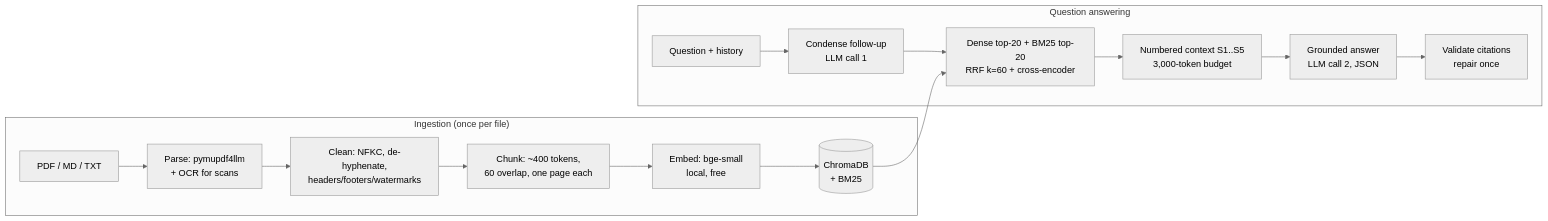
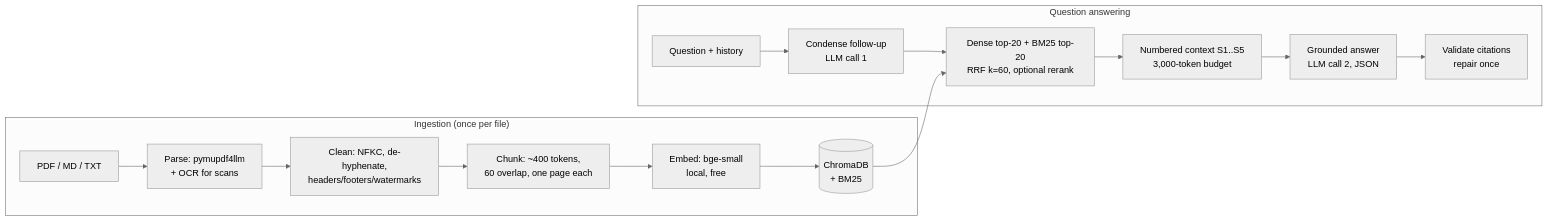
Before and after one commit to shauryak890/lecturelens: the diagram in README.md, drawn with Mermaid (neutral theme). The commit also changed other lines of this file and 15 other files, not shown here.

First line of the commit message:
Turn cross-encoder reranking off by default, based on the evaluation

````diff
--- a/README.md
+++ b/README.md
@@ -71,18 +70,18 @@
 ```mermaid
 flowchart LR
   subgraph Ingestion["Ingestion (once per file)"]
     A[PDF / MD / TXT] --> B[Parse: pymupdf4llm<br/>+ OCR for scans]
     B --> C[Clean: NFKC, de-hyphenate,<br/>headers/footers/watermarks]
     C --> D[Chunk: ~400 tokens,<br/>60 overlap, one page each]
     D --> E[Embed: bge-small<br/>local, free]
     E --> F[(ChromaDB<br/>+ BM25)]
   end
   subgraph Answering["Question answering"]
     Q[Question + history] --> R[Condense follow-up<br/>LLM call 1]
-    R --> S[Dense top-20 + BM25 top-20<br/>RRF k=60 + cross-encoder]
+    R --> S[Dense top-20 + BM25 top-20<br/>RRF k=60, optional rerank]
     S --> T[Numbered context S1..S5<br/>3,000-token budget]
     T --> U[Grounded answer<br/>LLM call 2, JSON]
     U --> V[Validate citations<br/>repair once]
   end
   F --> S
 ```
````
